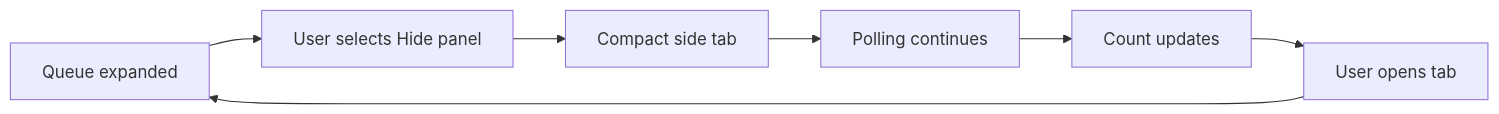
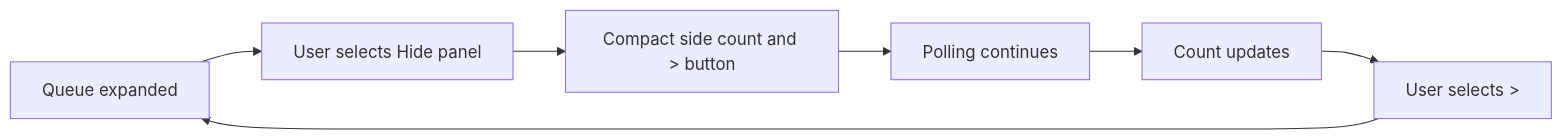
Before and after one commit to vrize-poc-demo/call-center-radar: the diagram in docs/stories/story-3.11-collapsible-processing.md, drawn with Mermaid. The commit also changed other lines of this file and 3 other files, not shown here.

````diff
--- a/docs/stories/story-3.11-collapsible-processing.md
+++ b/docs/stories/story-3.11-collapsible-processing.md
@@ -40,9 +40,9 @@
 ```mermaid
 flowchart LR
   A[Queue expanded] --> B[User selects Hide panel]
-  B --> C[Compact side tab]
+  B --> C[Compact side count and > button]
   C --> D[Polling continues]
   D --> E[Count updates]
-  E --> F[User opens tab]
+  E --> F[User selects >]
   F --> A
 ```
````
